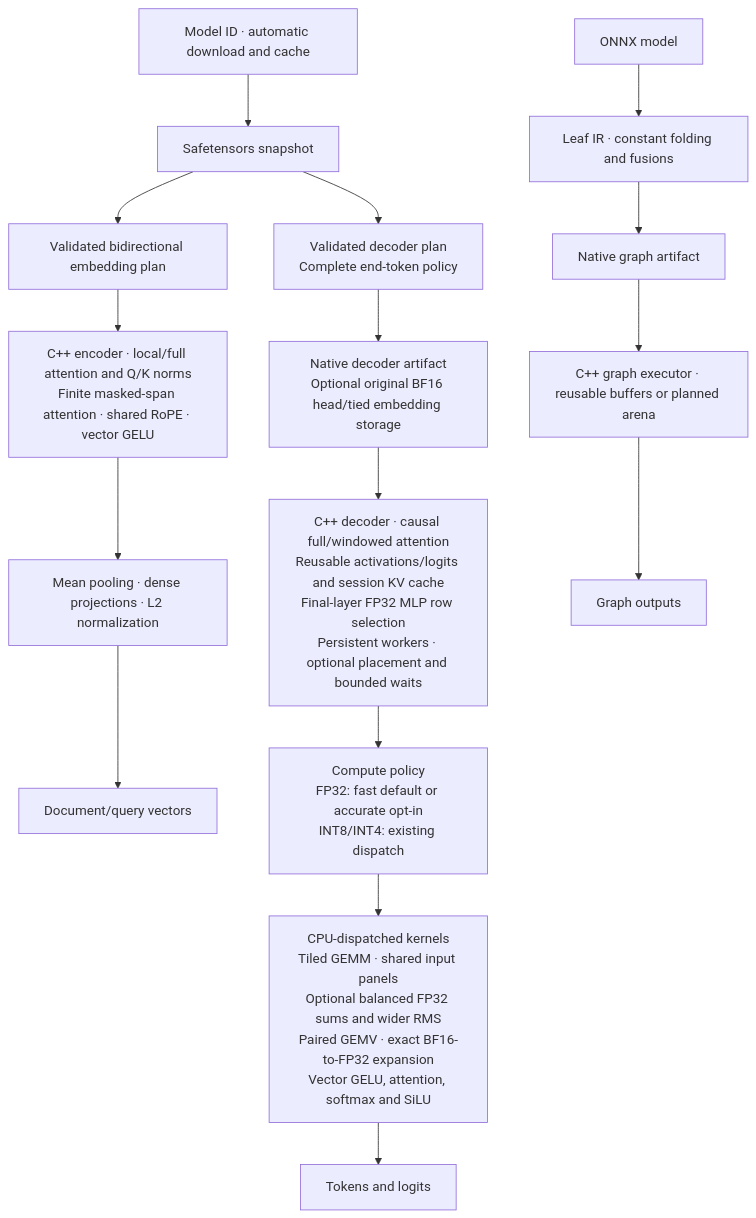
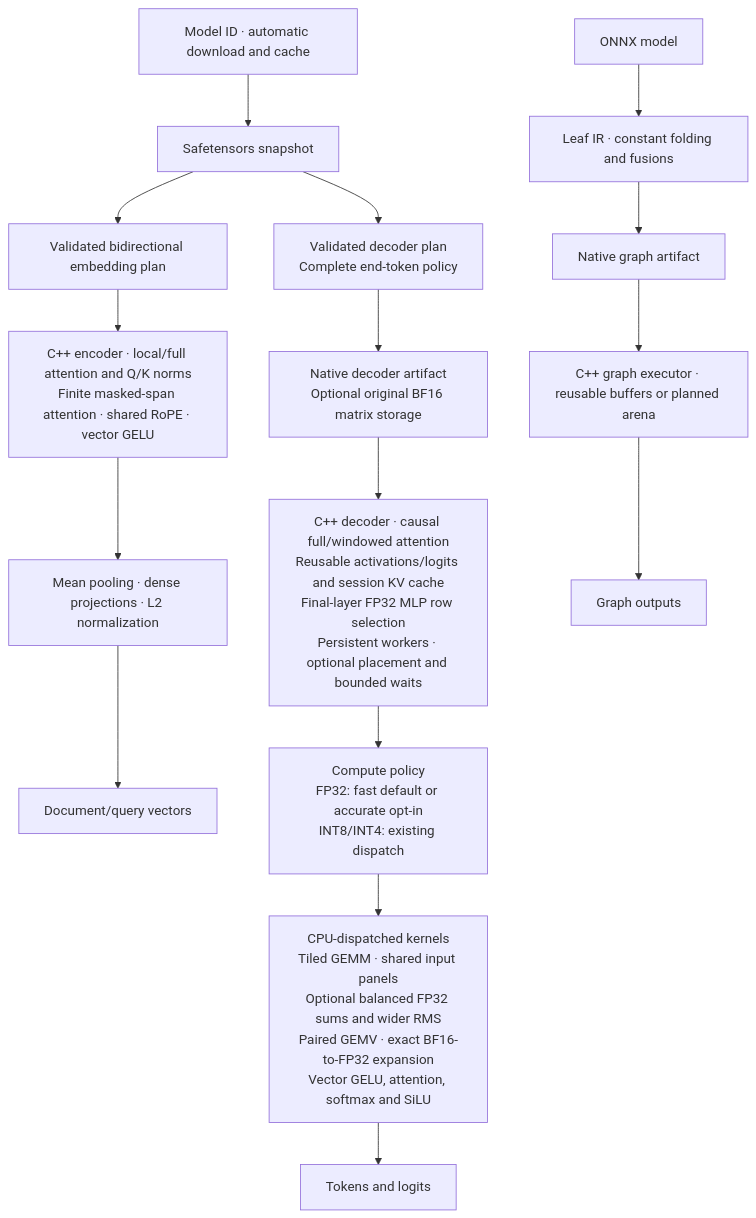
Before and after one commit to Nbit-51/Leaf: the first of 2 diagrams in README.md, drawn with Mermaid. The commit also changed other lines of this file and 24 other files, not shown here.

Commit message:
Add source-preserving BF16 matrix storage and exact validation

````diff
--- a/README.md
+++ b/README.md
@@ -157,18 +158,18 @@
 ```mermaid
 flowchart TB
     H["Model ID · automatic download and cache"] --> S["Safetensors snapshot"]
     S --> P["Validated decoder plan<br/>Complete end-token policy"]
     S --> B["Validated bidirectional embedding plan"]
     B --> N["C++ encoder · local/full attention and Q/K norms<br/>Finite masked-span attention · shared RoPE · vector GELU"]
     N --> V["Mean pooling · dense projections · L2 normalization"]
     V --> F["Document/query vectors"]
     O["ONNX model"] --> G["Leaf IR · constant folding and fusions"]
-    P --> D["Native decoder artifact<br/>Optional original BF16 head/tied embedding storage"]
+    P --> D["Native decoder artifact<br/>Optional original BF16 matrix storage"]
     G --> A["Native graph artifact"]
     D --> R["C++ decoder · causal full/windowed attention<br/>Reusable activations/logits and session KV cache<br/>Final-layer FP32 MLP row selection<br/>Persistent workers · optional placement and bounded waits"]
     A --> E["C++ graph executor · reusable buffers or planned arena"]
     R --> M["Compute policy<br/>FP32: fast default or accurate opt-in<br/>INT8/INT4: existing dispatch"]
     M --> K["CPU-dispatched kernels<br/>Tiled GEMM · shared input panels<br/>Optional balanced FP32 sums and wider RMS<br/>Paired GEMV · exact BF16-to-FP32 expansion<br/>Vector GELU, attention, softmax and SiLU"]
     K --> T["Tokens and logits"]
     E --> U["Graph outputs"]
 ```
````
